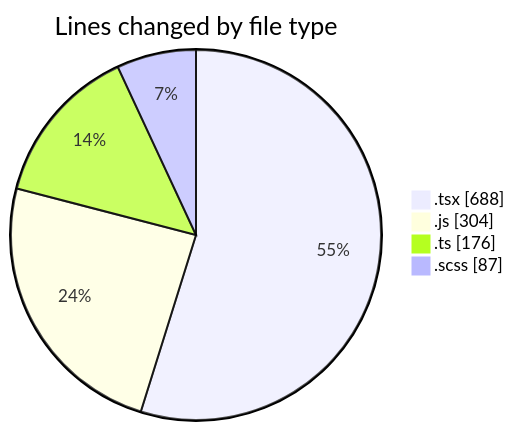
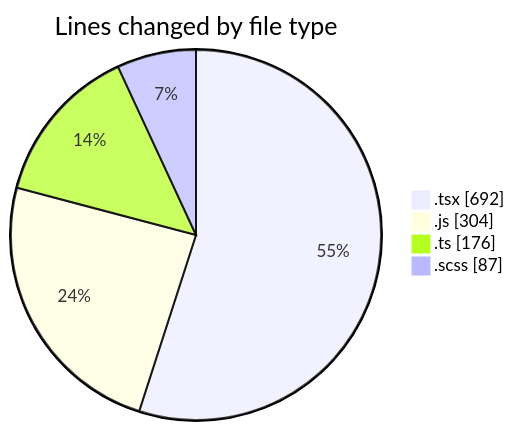
The first of 2 diagrams in 2025-02-26/cda/README.md (momahboobian/code-tracking), drawn with Mermaid before and after one commit. The commit also changed other lines of this file and 1 other file, not shown here.

````diff
--- a/2025-02-26/cda/README.md
+++ b/2025-02-26/cda/README.md
@@ -31,8 +31,8 @@
 ```mermaid
 pie showData
 title Lines changed by file type
-".tsx" : 688
+".tsx" : 692
 ".js" : 304
 ".ts" : 176
 ".scss" : 87
 ```
````
